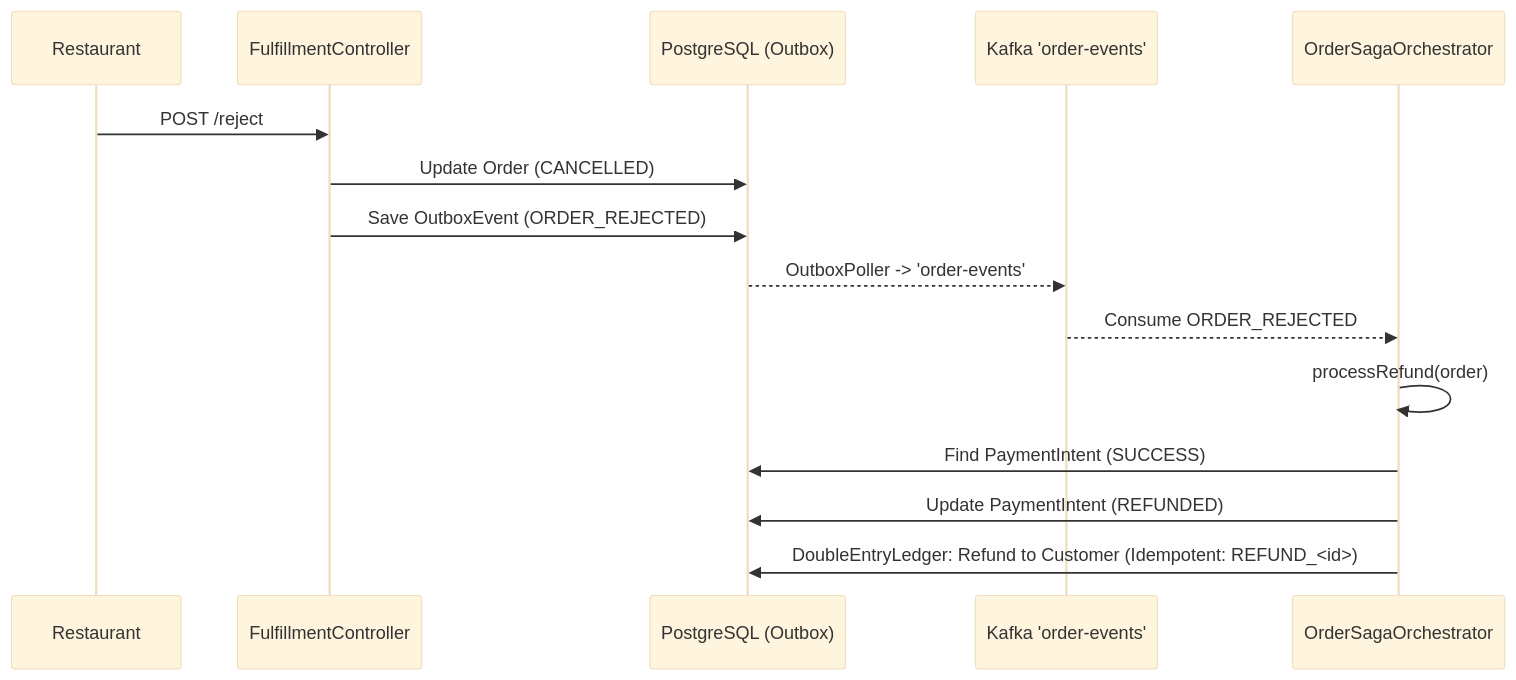
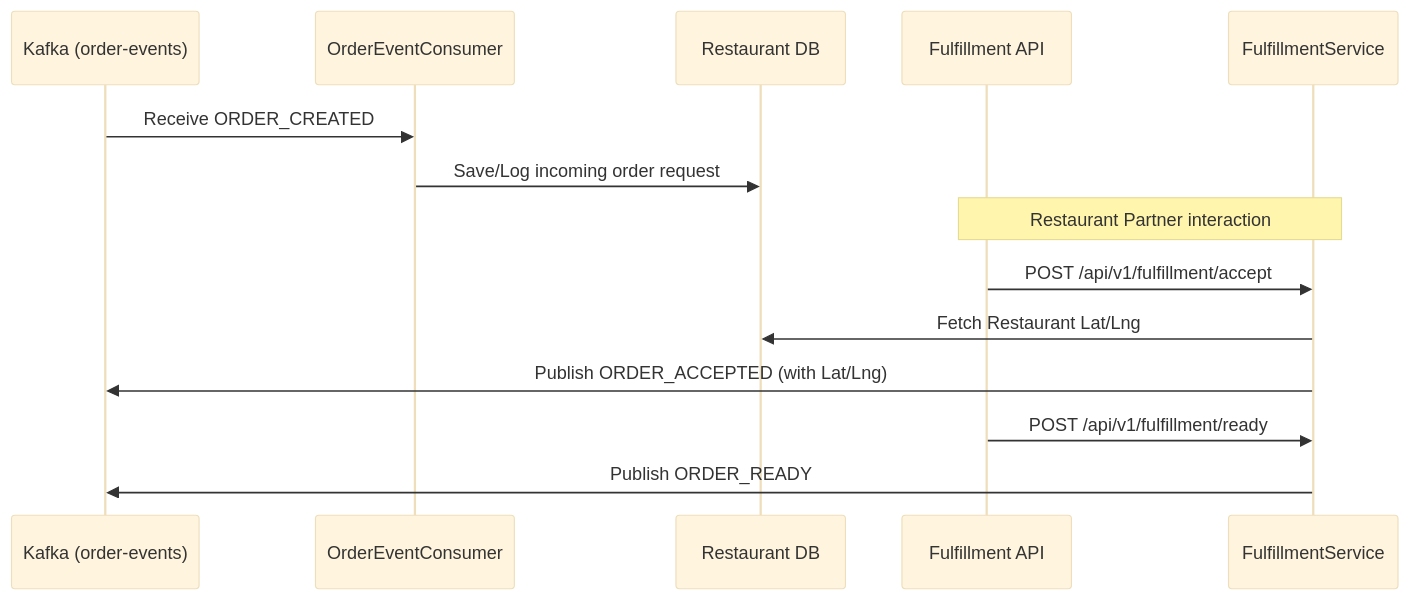
The second of 2 diagrams in SYSTEM_FLOW_DIAGRAMS.md (parthu-reddy/RestaurentApplication), drawn with Mermaid (base theme) before and after one commit. The commit also changed other lines of this file and 10 other files, not shown here.

Commit message:
fix: orchestrator state tracking and sql cleanup

````diff
--- a/SYSTEM_FLOW_DIAGRAMS.md
+++ b/SYSTEM_FLOW_DIAGRAMS.md
@@ -271,20 +42,19 @@
 ```mermaid
 sequenceDiagram
-    participant REST as Restaurant
-    participant API as FulfillmentController
-    participant DB as PostgreSQL (Outbox)
-    participant K as Kafka 'order-events'
-    participant SAGA as OrderSagaOrchestrator
+    participant K_Order as Kafka (order-events)
+    participant Consumer as OrderEventConsumer
+    participant DB as Restaurant DB
+    participant API as Fulfillment API
+    participant Fulfill as FulfillmentService
+
+    K_Order->>Consumer: Receive ORDER_CREATED
+    Consumer->>DB: Save/Log incoming order request
     
-    REST->>API: POST /reject
-    API->>DB: Update Order (CANCELLED)
-    API->>DB: Save OutboxEvent (ORDER_REJECTED)
+    note over API,Fulfill: Restaurant Partner interaction
+    API->>Fulfill: POST /api/v1/fulfillment/accept
+    Fulfill->>DB: Fetch Restaurant Lat/Lng
+    Fulfill->>K_Order: Publish ORDER_ACCEPTED (with Lat/Lng)
     
-    DB-->>K: OutboxPoller -> 'order-events'
-    K-->>SAGA: Consume ORDER_REJECTED
-    
-    SAGA->>SAGA: processRefund(order)
-    SAGA->>DB: Find PaymentIntent (SUCCESS)
-    SAGA->>DB: Update PaymentIntent (REFUNDED)
-    SAGA->>DB: DoubleEntryLedger: Refund to Customer (Idempotent: REFUND_<id>)
+    API->>Fulfill: POST /api/v1/fulfillment/ready
+    Fulfill->>K_Order: Publish ORDER_READY
 ```
````
